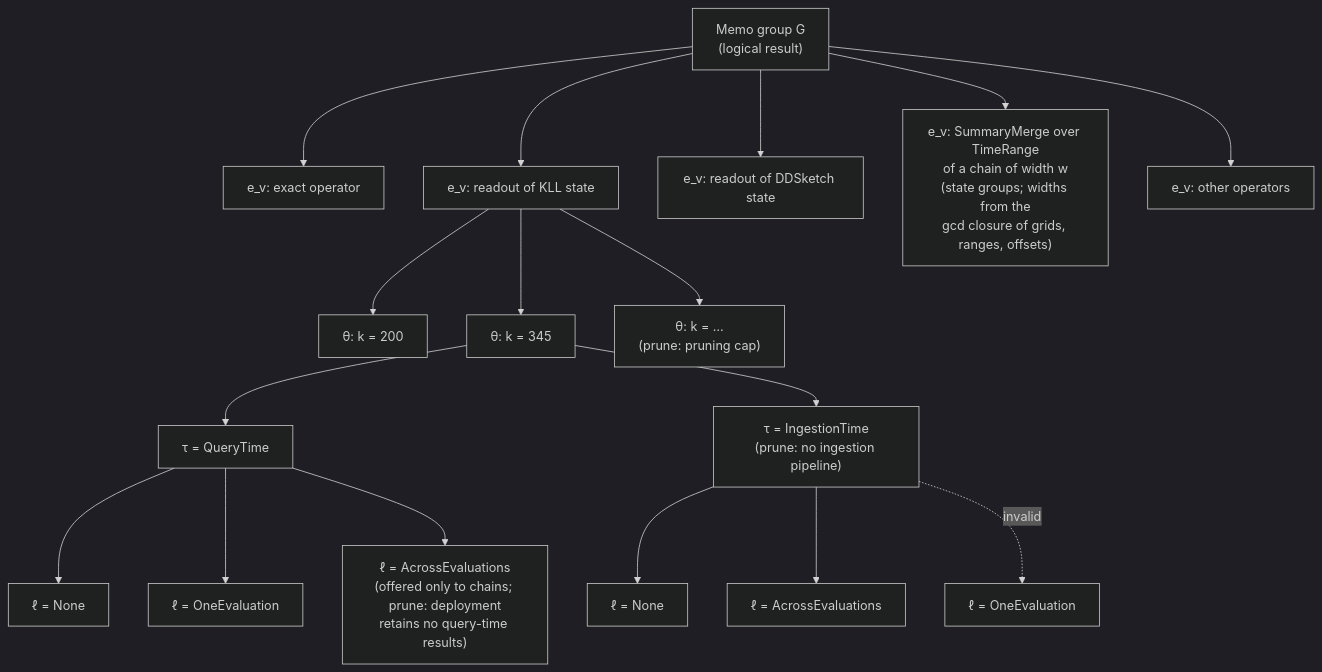
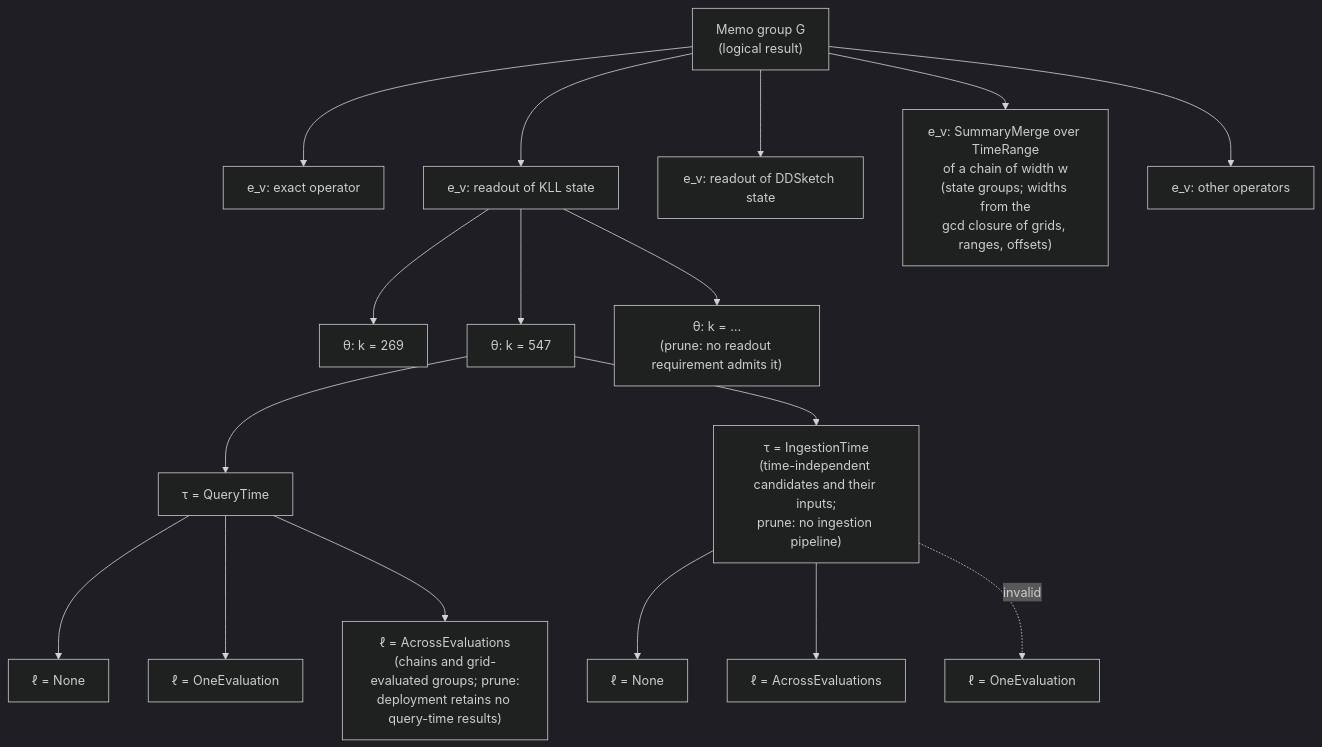
The diagram in docs/design_docs/concepts/memo-groups-properties-requirements.md (ProjectASAP/ASAPPlanner), drawn with Mermaid (dark theme) before and after one commit. The commit also changed other lines of this file, not shown here.

First line of the commit message:
docs(concepts): apply the 2026-11-08 decisions across the memo model

````diff
--- a/docs/design_docs/concepts/memo-groups-properties-requirements.md
+++ b/docs/design_docs/concepts/memo-groups-properties-requirements.md
@@ -161,22 +218,22 @@
 ```mermaid
 flowchart TD
     G["Memo group G<br/>(logical result)"] --> R1["e_v: exact operator"]
     G --> R2["e_v: readout of KLL state"]
     G --> R3["e_v: readout of DDSketch state"]
     G --> R5["e_v: SummaryMerge over TimeRange<br/>of a chain of width w<br/>(state groups; widths from the<br/>gcd closure of grids, ranges, offsets)"]
     G --> R4["e_v: other operators"]
 
-    R2 --> T1["θ: k = 200"]
-    R2 --> T2["θ: k = 345"]
-    R2 --> T3["θ: k = …<br/>(prune: pruning cap)"]
+    R2 --> T1["θ: k = 269"]
+    R2 --> T2["θ: k = 547"]
+    R2 --> T3["θ: k = …<br/>(prune: no readout requirement admits it)"]
 
     T2 --> P1["τ = QueryTime"]
-    T2 --> P2["τ = IngestionTime<br/>(prune: no ingestion pipeline)"]
+    T2 --> P2["τ = IngestionTime<br/>(time-independent candidates and their inputs;<br/>prune: no ingestion pipeline)"]
 
     P1 --> L1["ℓ = None"]
     P1 --> L2["ℓ = OneEvaluation"]
-    P1 --> L3["ℓ = AcrossEvaluations<br/>(offered only to chains; prune: deployment<br/>retains no query-time results)"]
+    P1 --> L3["ℓ = AcrossEvaluations<br/>(chains and grid-evaluated groups; prune:<br/>deployment retains no query-time results)"]
     P2 --> L4["ℓ = None"]
     P2 --> L5["ℓ = AcrossEvaluations"]
     P2 -. invalid .-> L6["ℓ = OneEvaluation"]
 ```
````
